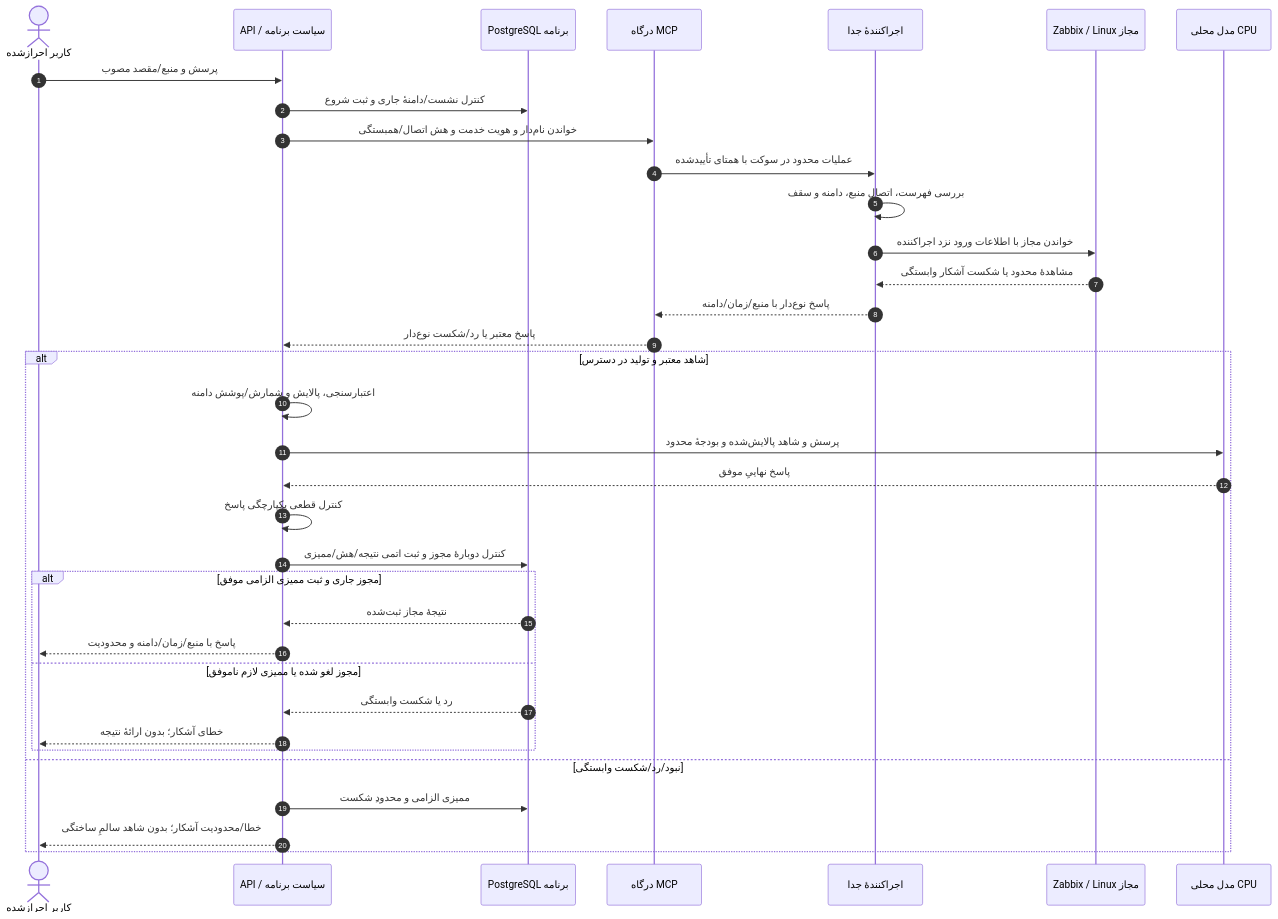
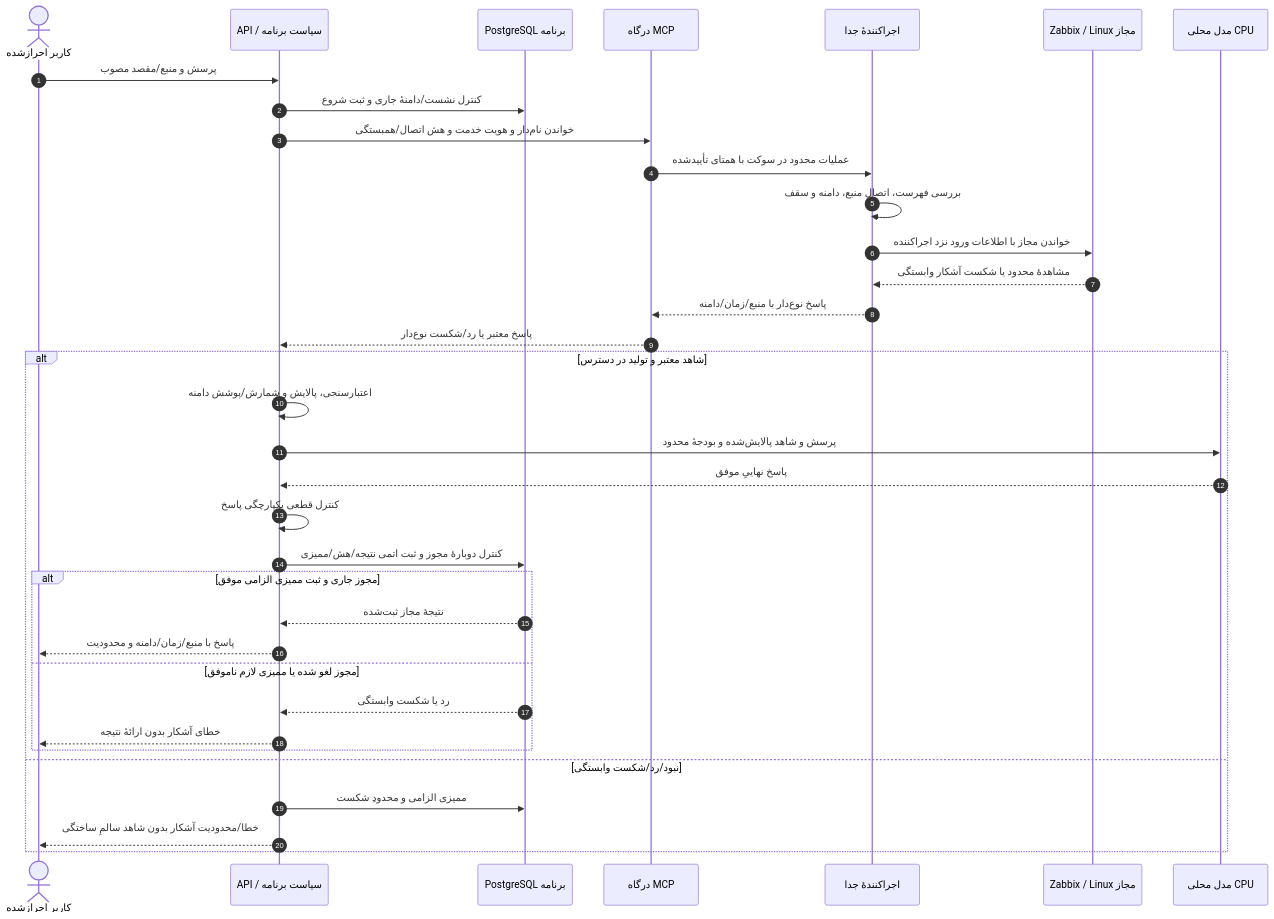
Before and after one commit to Omid-NextAI/nextops: the second of 10 diagrams in docs/fa/DIAGRAMS.md, drawn with Mermaid. The commit also changed 1 other file, not shown here.

Commit message:
docs: fix sequence diagram message delimiters

````diff
--- a/docs/fa/DIAGRAMS.md
+++ b/docs/fa/DIAGRAMS.md
@@ -56,37 +56,37 @@
 ```mermaid
 sequenceDiagram
     autonumber
     actor User as کاربر احرازشده
     participant API as API / سیاست برنامه
     participant DB as PostgreSQL برنامه
     participant Gate as درگاه MCP
     participant Runner as اجراکنندهٔ جدا
     participant Target as Zabbix / Linux مجاز
     participant AI as مدل محلی CPU
     User->>API: پرسش و منبع/مقصد مصوب
     API->>DB: کنترل نشست/دامنهٔ جاری و ثبت شروع
     API->>Gate: خواندن نام‌دار و هویت خدمت و هش اتصال/همبستگی
     Gate->>Runner: عملیات محدود در سوکت با همتای تأییدشده
     Runner->>Runner: بررسی فهرست، اتصال منبع، دامنه و سقف
     Runner->>Target: خواندن مجاز با اطلاعات ورود نزد اجراکننده
     Target-->>Runner: مشاهدهٔ محدود یا شکست آشکار وابستگی
     Runner-->>Gate: پاسخ نوع‌دار با منبع/زمان/دامنه
     Gate-->>API: پاسخ معتبر یا رد/شکست نوع‌دار
     alt شاهد معتبر و تولید در دسترس
         API->>API: اعتبارسنجی، پالایش و شمارش/پوشش دامنه
         API->>AI: پرسش و شاهد پالایش‌شده و بودجهٔ محدود
         AI-->>API: پاسخ نهاییِ موفق
         API->>API: کنترل قطعی یکپارچگی پاسخ
         API->>DB: کنترل دوبارهٔ مجوز و ثبت اتمی نتیجه/هش/ممیزی
         alt مجوز جاری و ثبت ممیزی الزامی موفق
             DB-->>API: نتیجهٔ مجاز ثبت‌شده
             API-->>User: پاسخ با منبع/زمان/دامنه و محدودیت
         else مجوز لغو شده یا ممیزی لازم ناموفق
             DB-->>API: رد یا شکست وابستگی
-            API-->>User: خطای آشکار؛ بدون ارائهٔ نتیجه
+            API-->>User: خطای آشکار بدون ارائهٔ نتیجه
         end
     else نبود/رد/شکست وابستگی
         API->>DB: ممیزی الزامی و محدودِ شکست
-        API-->>User: خطا/محدودیت آشکار؛ بدون شاهد سالمِ ساختگی
+        API-->>User: خطا/محدودیت آشکار بدون شاهد سالمِ ساختگی
     end
 ```
````
